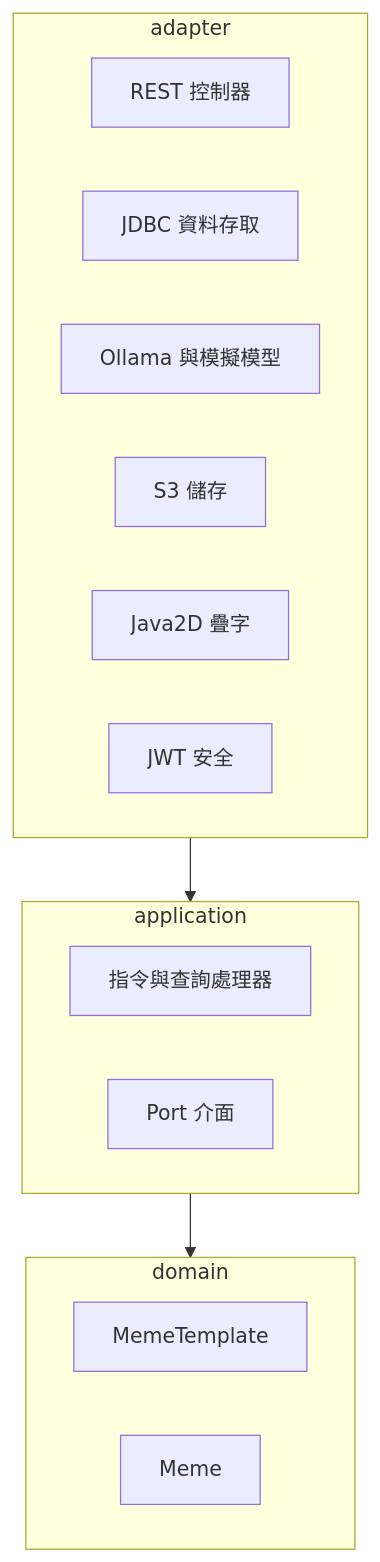
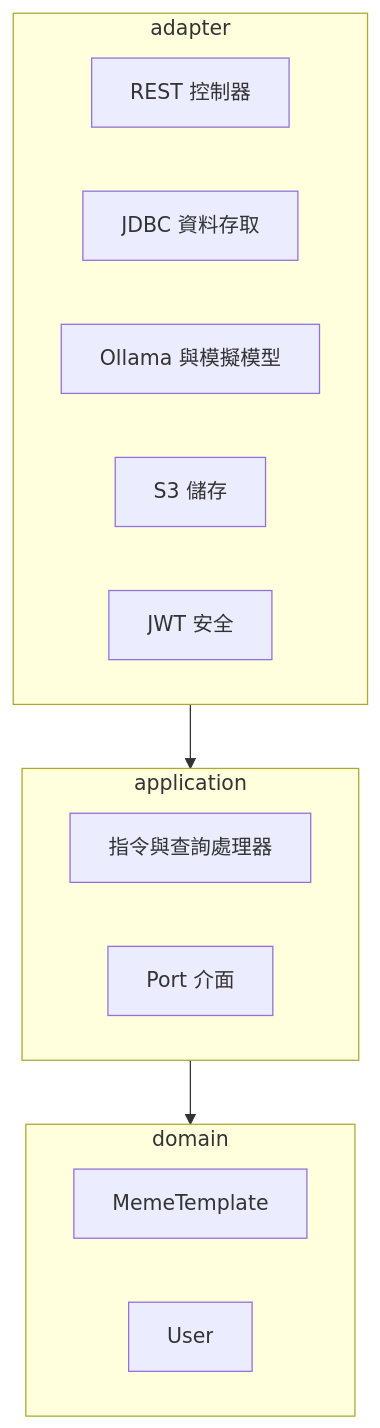
The second of 2 diagrams in docs/technical.zh-TW.md (chun-wei0413/WTM), drawn with Mermaid before and after one commit. The commit also changed other lines of this file and 61 other files, not shown here.

````diff
--- a/docs/technical.zh-TW.md
+++ b/docs/technical.zh-TW.md
@@ -61,23 +47,22 @@
 ```mermaid
 flowchart TB
     subgraph adapter
         direction LR
         web[REST 控制器]
         db[JDBC 資料存取]
         ai[Ollama 與模擬模型]
         s3[S3 儲存]
-        img[Java2D 疊字]
         sec[JWT 安全]
     end
     subgraph application
         direction LR
         h[指令與查詢處理器]
         p[Port 介面]
     end
     subgraph domain
         direction LR
         t[MemeTemplate]
-        m[Meme]
+        u[User]
     end
     adapter --> application --> domain
 ```
````
